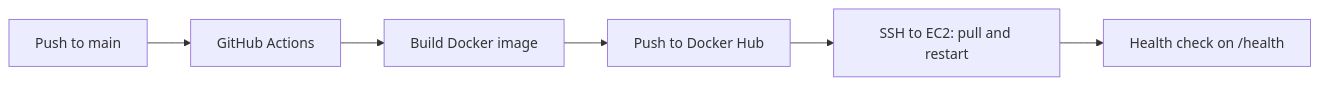
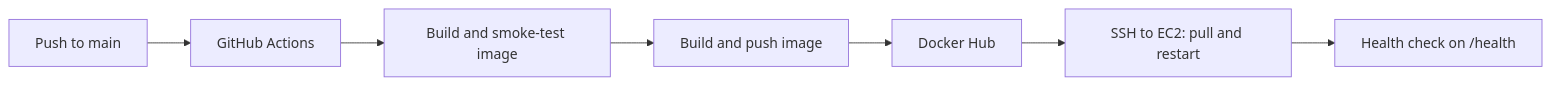
Before and after one commit to HimanshuRaj02/aws-ec2-docker-cicd: the diagram in README.md, drawn with Mermaid. The commit also changed other lines of this file and 3 other files, not shown here.

````diff
--- a/README.md
+++ b/README.md
@@ -9,8 +9,9 @@
 ```mermaid
 flowchart LR
     A[Push to main] --> B[GitHub Actions]
-    B --> C[Build Docker image]
-    C --> D[Push to Docker Hub]
+    B --> T[Build and smoke-test image]
+    T --> C[Build and push image]
+    C --> D[Docker Hub]
     D --> E[SSH to EC2: pull and restart]
     E --> F[Health check on /health]
 ```
````
